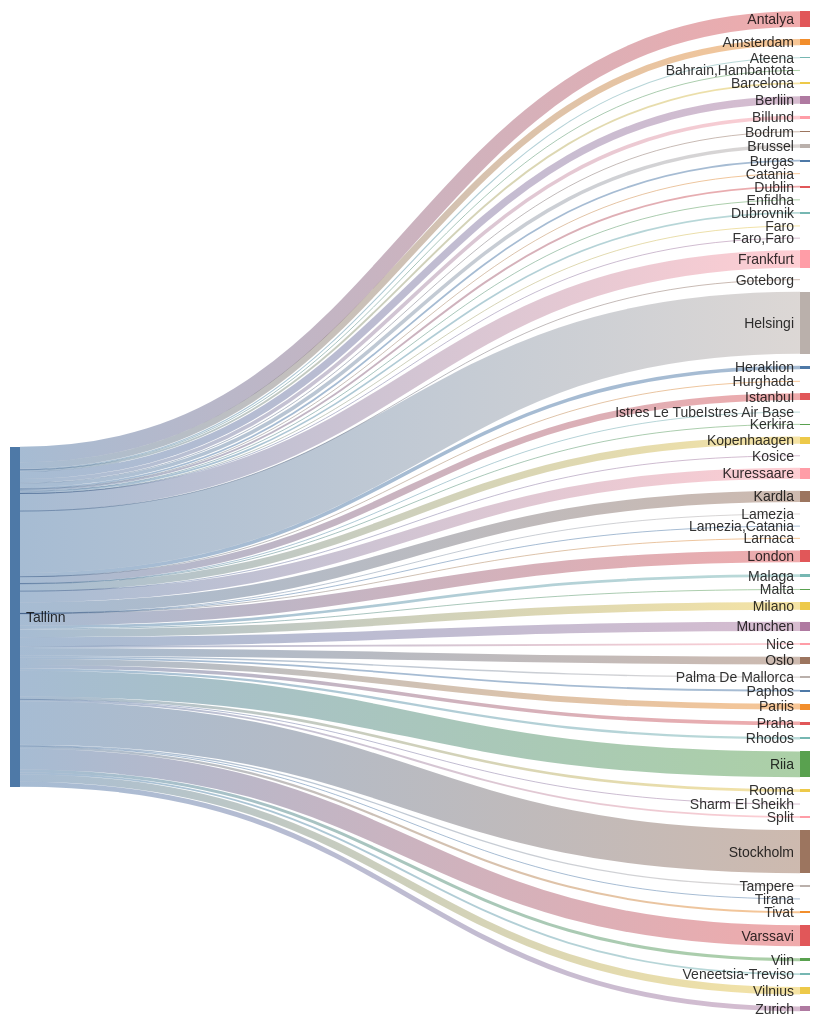
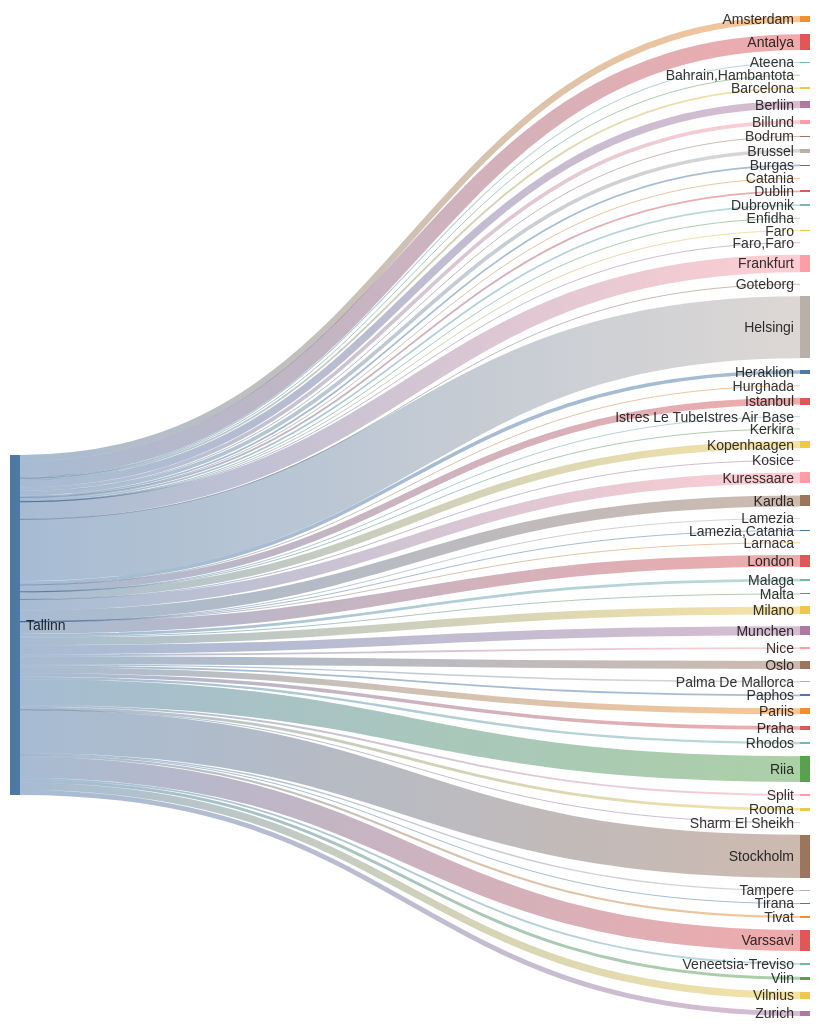
One commit to rainermesi/tll-airport-departures changed the second of 2 diagrams in README.md. Above: the diagram before and after it, drawn with Mermaid. The commit also changed other lines of this file, not shown here.

````diff
--- a/README.md
+++ b/README.md
@@ -34,69 +34,69 @@
 ```mermaid
 ---
 config:
   sankey:
     showValues: false
     width: 800
     height: 1000
 ---
 sankey-beta
 %% source,target,value
-Tallinn,Amsterdam,79
-Tallinn,Antalya,192
+Tallinn,Amsterdam,80
+Tallinn,Antalya,196
 Tallinn,Ateena,13
 Tallinn,"Bahrain,Hambantota",1
 Tallinn,Barcelona,23
-Tallinn,Berliin,90
-Tallinn,Billund,45
+Tallinn,Berliin,92
+Tallinn,Billund,46
 Tallinn,Bodrum,11
-Tallinn,Brussel,45
+Tallinn,Brussel,46
 Tallinn,Burgas,21
 Tallinn,Catania,2
 Tallinn,Dublin,23
 Tallinn,Dubrovnik,21
 Tallinn,Enfidha,6
 Tallinn,Faro,4
 Tallinn,"Faro,Faro",1
-Tallinn,Frankfurt,215
+Tallinn,Frankfurt,217
 Tallinn,Goteborg,1
-Tallinn,Helsingi,763
-Tallinn,Heraklion,44
+Tallinn,Helsingi,772
+Tallinn,Heraklion,45
 Tallinn,Hurghada,1
-Tallinn,Istanbul,82
+Tallinn,Istanbul,84
 Tallinn,Istres Le TubeIstres Air Base,2
 Tallinn,Kerkira,4
-Tallinn,Kopenhaagen,89
+Tallinn,Kopenhaagen,91
 Tallinn,Kosice,1
-Tallinn,Kuressaare,136
-Tallinn,Kardla,136
+Tallinn,Kuressaare,137
+Tallinn,Kardla,137
 Tallinn,Lamezia,1
 Tallinn,"Lamezia,Catania",3
 Tallinn,Larnaca,2
-Tallinn,London,146
+Tallinn,London,148
 Tallinn,Malaga,34
 Tallinn,Malta,12
-Tallinn,Milano,96
-Tallinn,Munchen,112
-Tallinn,Nice,22
-Tallinn,Oslo,95
-Tallinn,Palma De Mallorca,17
+Tallinn,Milano,97
+Tallinn,Munchen,113
+Tallinn,Nice,23
+Tallinn,Oslo,98
+Tallinn,Palma De Mallorca,18
 Tallinn,Paphos,22
-Tallinn,Pariis,73
-Tallinn,Praha,44
-Tallinn,Rhodos,29
-Tallinn,Riia,317
-Tallinn,Rooma,34
-Tallinn,Sharm El Sheikh,2
+Tallinn,Pariis,75
+Tallinn,Praha,45
+Tallinn,Rhodos,30
+Tallinn,Riia,321
+Tallinn,Rooma,35
+Tallinn,Sharm El Sheikh,3
 Tallinn,Split,23
-Tallinn,Stockholm,533
-Tallinn,Tampere,16
+Tallinn,Stockholm,538
+Tallinn,Tampere,17
 Tallinn,Tirana,8
 Tallinn,Tivat,26
-Tallinn,Varssavi,257
+Tallinn,Varssavi,261
 Tallinn,Veneetsia-Treviso,23
 Tallinn,Viin,37
-Tallinn,Vilnius,90
-Tallinn,Zurich,60
+Tallinn,Vilnius,91
+Tallinn,Zurich,61
 
 
 ```
````
